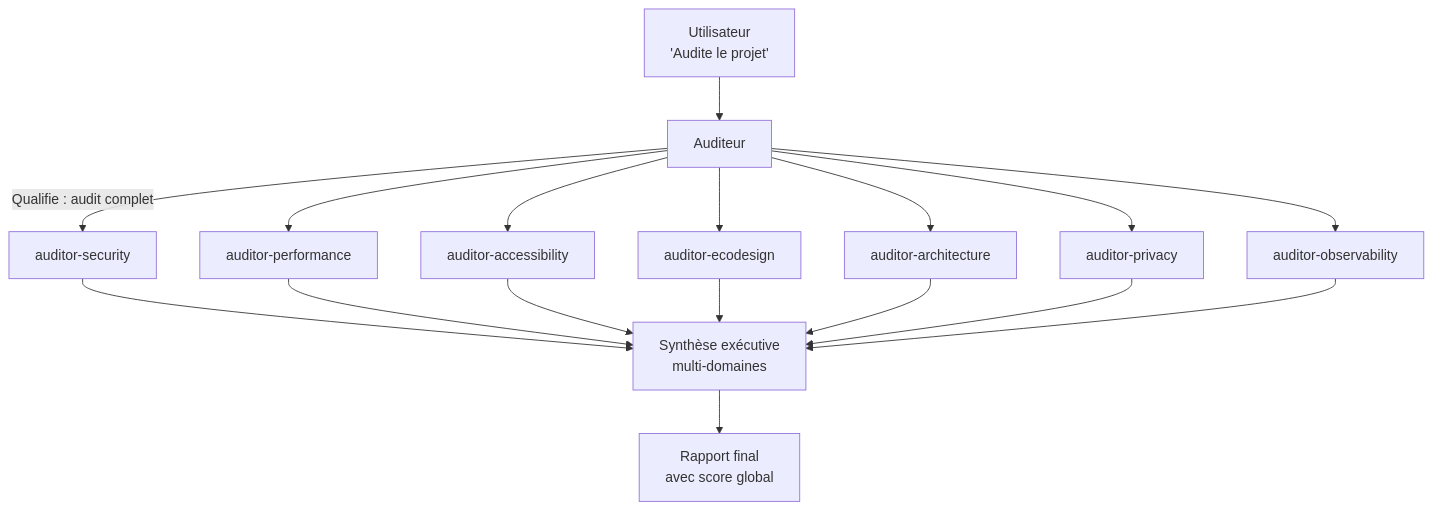
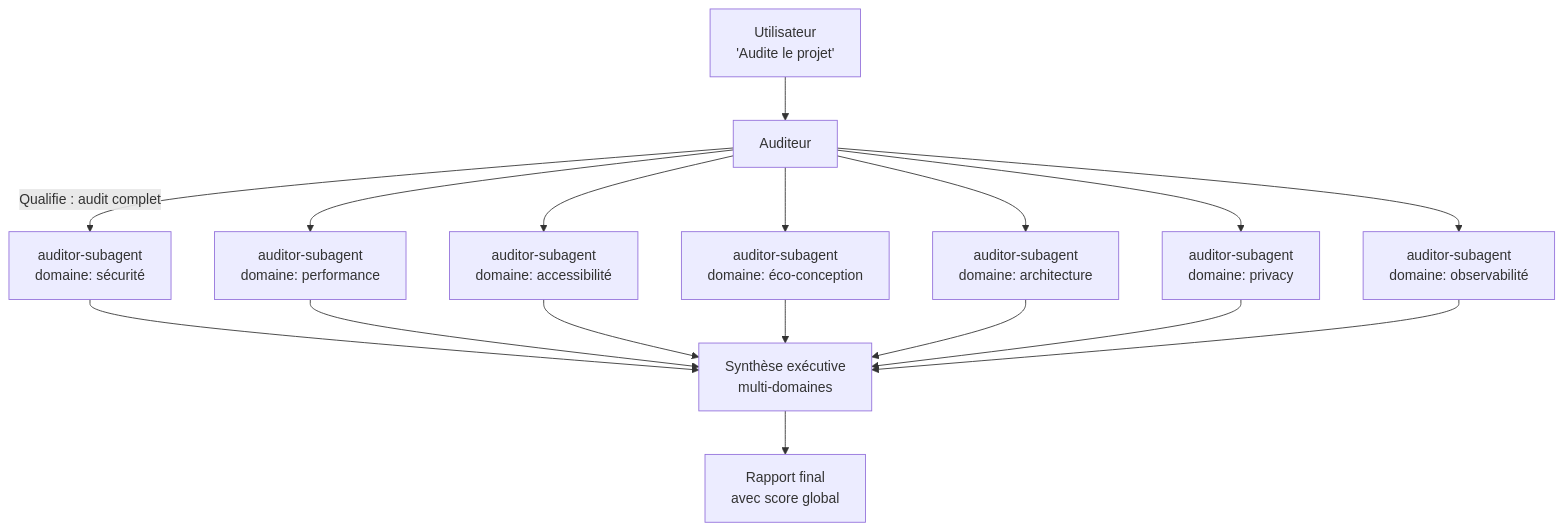
One commit to datichb/openhub changed the second of 6 diagrams in docs/guides/workflows.fr.md. Above: the diagram before and after it, drawn with Mermaid. The commit also changed other lines of this file and 53 other files, not shown here.

First line of the commit message:
feat(auditor): consolidate auditor-* into single auditor-subagent (ADR-017)

````diff
--- a/docs/guides/workflows.fr.md
+++ b/docs/guides/workflows.fr.md
@@ -205,19 +205,19 @@
 ```mermaid
 flowchart TD
     U[Utilisateur\n'Audite le projet'] --> A[Auditeur]
-    A --> |Qualifie : audit complet| AS[auditor-security]
-    A --> AP[auditor-performance]
-    A --> AA[auditor-accessibility]
-    A --> AE[auditor-ecodesign]
-    A --> AR[auditor-architecture]
-    A --> APR[auditor-privacy]
-    A --> AO[auditor-observability]
+    A --> |Qualifie : audit complet| AS[auditor-subagent\ndomaine: sécurité]
+    A --> AP[auditor-subagent\ndomaine: performance]
+    A --> AA[auditor-subagent\ndomaine: accessibilité]
+    A --> AE[auditor-subagent\ndomaine: éco-conception]
+    A --> AR[auditor-subagent\ndomaine: architecture]
+    A --> APR[auditor-subagent\ndomaine: privacy]
+    A --> AO[auditor-subagent\ndomaine: observabilité]
     AS --> S[Synthèse exécutive\nmulti-domaines]
     AP --> S
     AA --> S
     AE --> S
     AR --> S
     APR --> S
     AO --> S
     S --> U2[Rapport final\navec score global]
 ```
````
